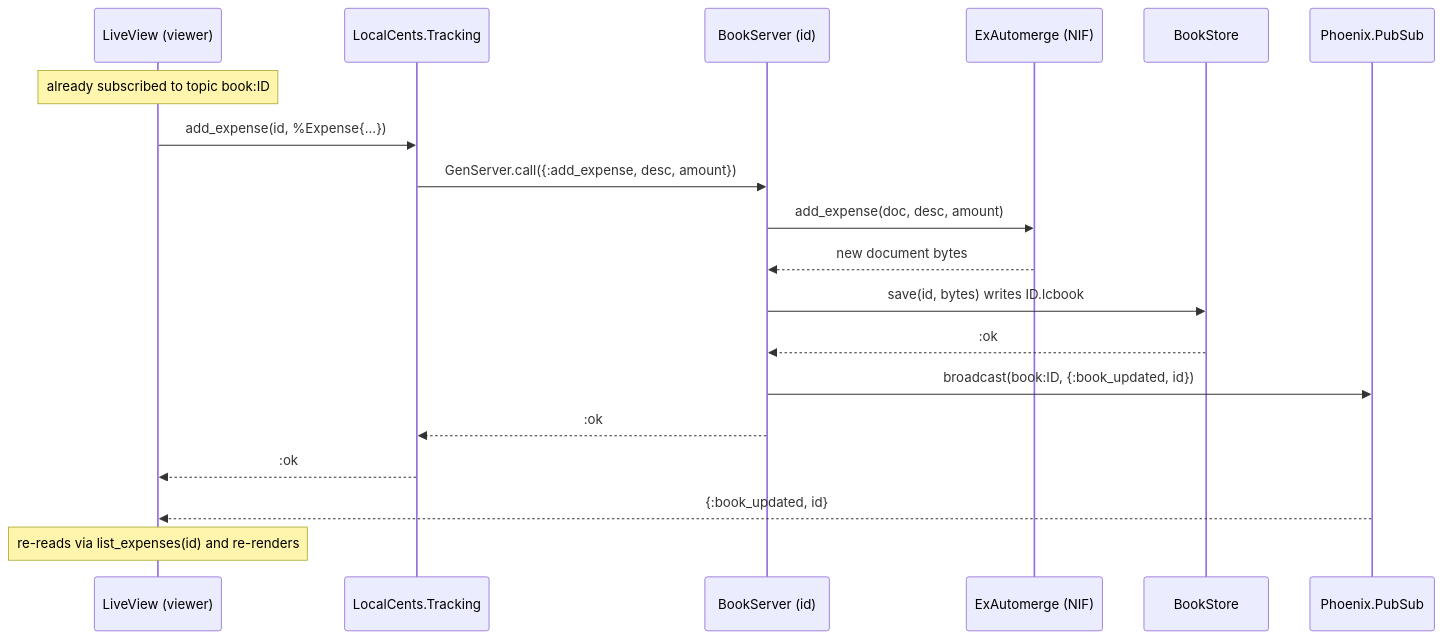
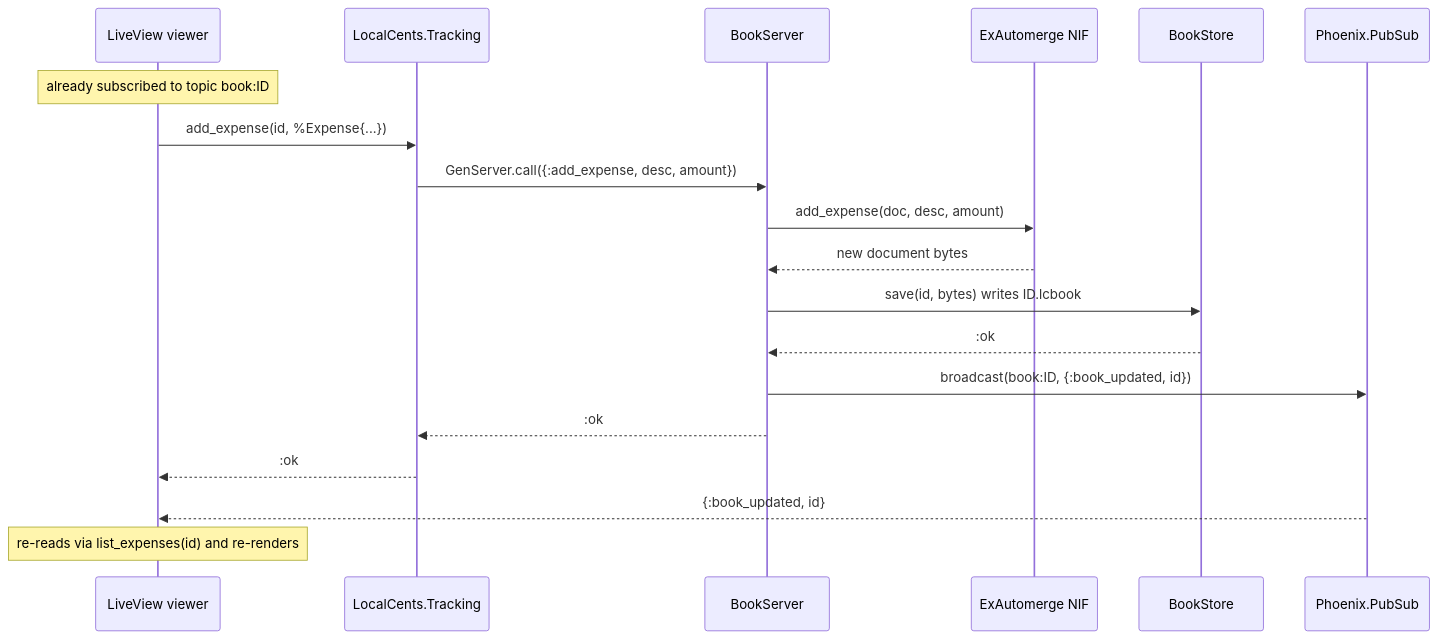
One commit to zorn/local_cents changed the third of 5 diagrams in docs/book-runtime-architecture.md. Above: the diagram before and after it, drawn with Mermaid. The commit also changed other lines of this file, not shown here.

First line of the commit message:
docs: fix mermaid syntax in book runtime architecture page

````diff
--- a/docs/book-runtime-architecture.md
+++ b/docs/book-runtime-architecture.md
@@ -99,22 +99,22 @@
 ```mermaid
 sequenceDiagram
-    participant LV as LiveView (viewer)
+    participant LV as LiveView viewer
     participant T as LocalCents.Tracking
-    participant BS as BookServer (id)
-    participant EA as ExAutomerge (NIF)
+    participant BS as BookServer
+    participant EA as ExAutomerge NIF
     participant St as BookStore
     participant PS as Phoenix.PubSub
 
     Note over LV: already subscribed to topic book:ID
     LV->>T: add_expense(id, %Expense{...})
     T->>BS: GenServer.call({:add_expense, desc, amount})
     BS->>EA: add_expense(doc, desc, amount)
     EA-->>BS: new document bytes
     BS->>St: save(id, bytes) writes ID.lcbook
     St-->>BS: :ok
     BS->>PS: broadcast(book:ID, {:book_updated, id})
     BS-->>T: :ok
     T-->>LV: :ok
     PS-->>LV: {:book_updated, id}
     Note over LV: re-reads via list_expenses(id) and re-renders
 ```
````
